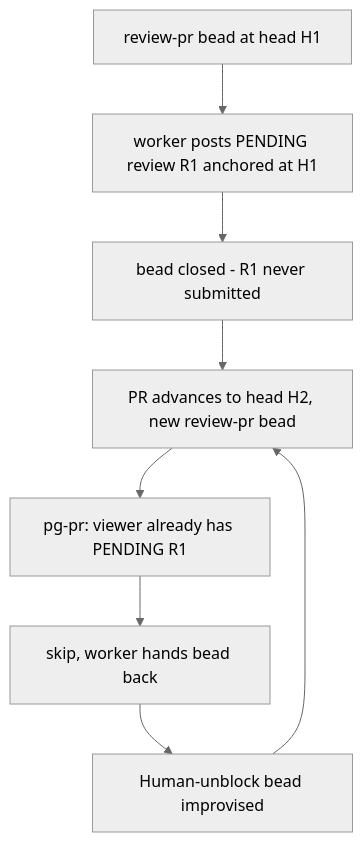
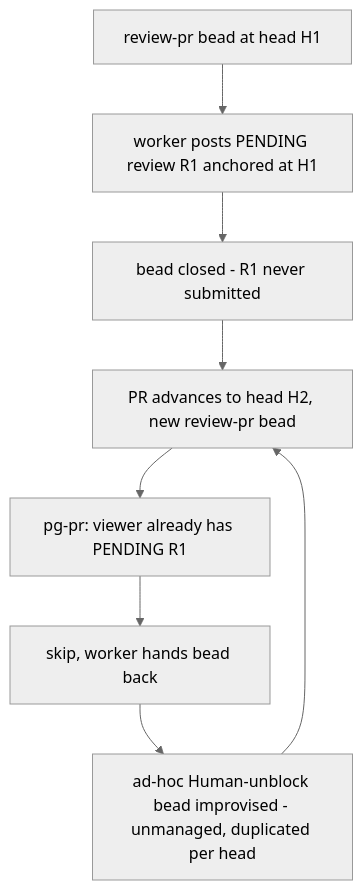
The first of 3 diagrams in docs/superpowers/specs/2026-09-29-pending-review-handling-investigation.md (phillipgreenii/nix-agent-support), drawn with Mermaid (neutral theme) before and after one commit. The commit also changed other lines of this file, not shown here.

First line of the commit message:
docs(pg-pr): amend pending-review investigation per operator ruling

````diff
--- a/docs/superpowers/specs/2026-09-29-pending-review-handling-investigation.md
+++ b/docs/superpowers/specs/2026-09-29-pending-review-handling-investigation.md
@@ -14,10 +15,10 @@
 ```mermaid
 flowchart TD
     A[review-pr bead at head H1] --> B[worker posts PENDING review R1 anchored at H1]
     B --> C[bead closed - R1 never submitted]
     C --> D[PR advances to head H2, new review-pr bead]
     D --> E[pg-pr: viewer already has PENDING R1]
     E --> F[skip, worker hands bead back]
-    F --> G[Human-unblock bead improvised]
+    F --> G[ad-hoc Human-unblock bead improvised - unmanaged, duplicated per head]
     G --> D
 ```
````
